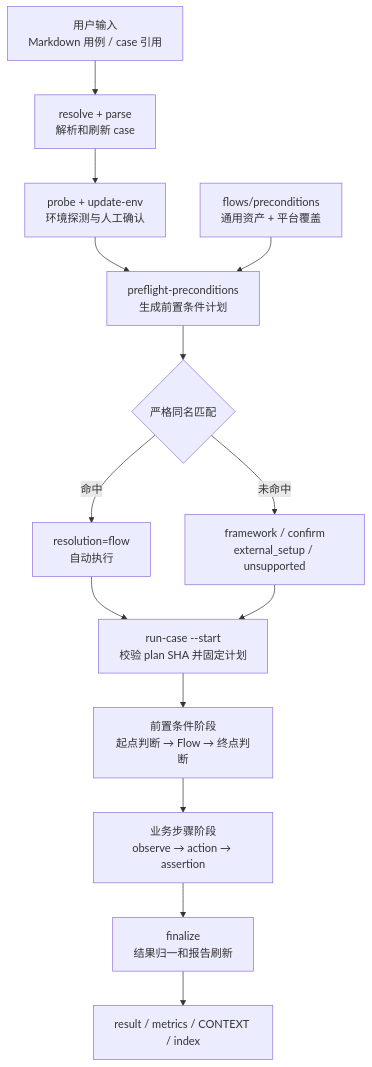
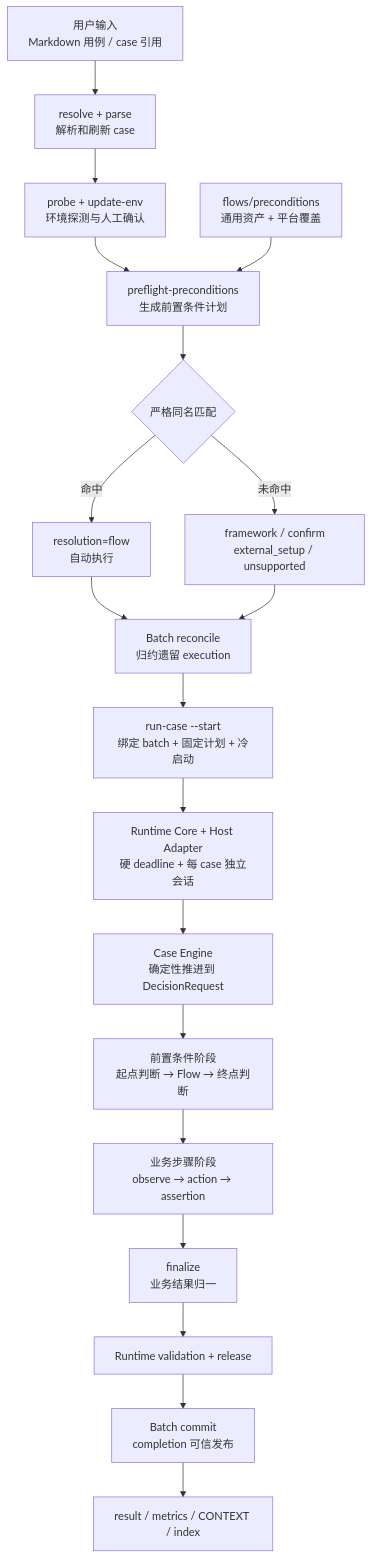
One commit to lianghuihui-plus/DevKit changed the first of 5 diagrams in skills/mobile-ai-visual-test/docs/architecture.md. Above: the diagram before and after it, drawn with Mermaid. The commit also changed other lines of this file and 34 other files, not shown here.

````diff
--- a/skills/mobile-ai-visual-test/docs/architecture.md
+++ b/skills/mobile-ai-visual-test/docs/architecture.md
@@ -7,16 +7,21 @@
 ```mermaid
 flowchart TD
   U["用户输入<br/>Markdown 用例 / case 引用"] --> R["resolve + parse<br/>解析和刷新 case"]
   R --> E["probe + update-env<br/>环境探测与人工确认"]
   E --> P["preflight-preconditions<br/>生成前置条件计划"]
   F["flows/preconditions<br/>通用资产 + 平台覆盖"] --> P
   P --> M{"严格同名匹配"}
   M -->|命中| PF["resolution=flow<br/>自动执行"]
   M -->|未命中| PM["framework / confirm<br/>external_setup / unsupported"]
-  PF --> S["run-case --start<br/>校验 plan SHA 并固定计划"]
-  PM --> S
-  S --> C["前置条件阶段<br/>起点判断 → Flow → 终点判断"]
+  PF --> B["Batch reconcile<br/>归约遗留 execution"]
+  PM --> B
+  B --> S["run-case --start<br/>绑定 batch + 固定计划 + 冷启动"]
+  S --> AR["Runtime Core + Host Adapter<br/>硬 deadline + 每 case 独立会话"]
+  AR --> CE["Case Engine<br/>确定性推进到 DecisionRequest"]
+  CE --> C["前置条件阶段<br/>起点判断 → Flow → 终点判断"]
   C --> T["业务步骤阶段<br/>observe → action → assertion"]
-  T --> Z["finalize<br/>结果归一和报告刷新"]
-  Z --> O["result / metrics / CONTEXT / index"]
+  T --> Z["finalize<br/>业务结果归一"]
+  Z --> V["Runtime validation + release"]
+  V --> PUBLISH["Batch commit<br/>completion 可信发布"]
+  PUBLISH --> O["result / metrics / CONTEXT / index"]
 ```
````
